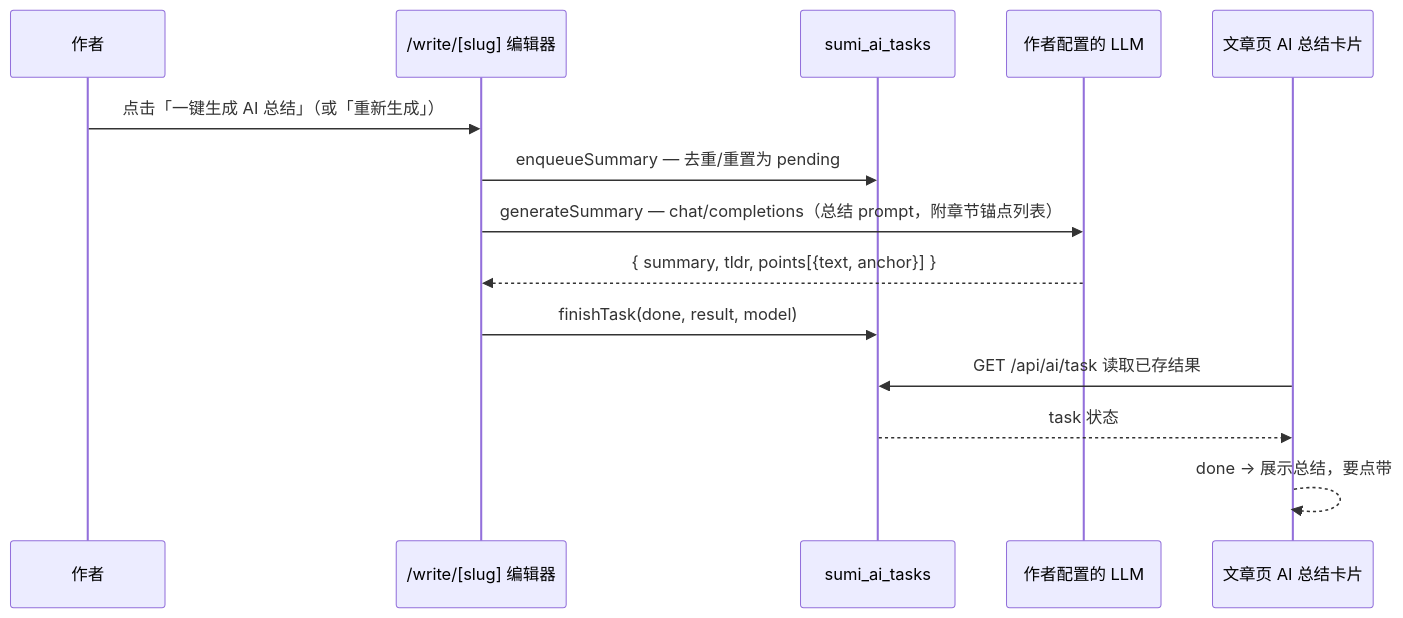
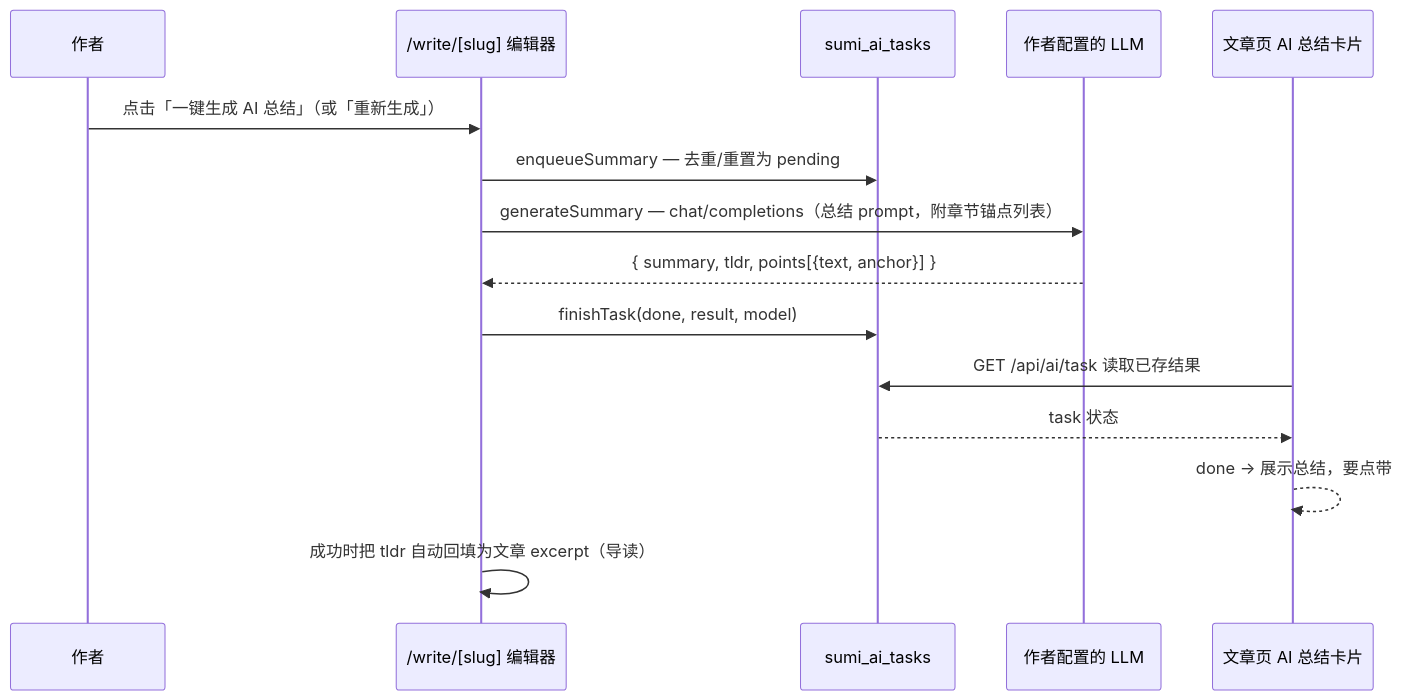
Before and after one commit to fuyucn/sumi: diagram 12 of 12 in docs/ARCHITECTURE.md, drawn with Mermaid. The commit also changed other lines of this file and 10 other files, not shown here.

````diff
--- a/docs/ARCHITECTURE.md
+++ b/docs/ARCHITECTURE.md
@@ -412,17 +412,18 @@
 ```mermaid
 sequenceDiagram
     participant A as 作者
     participant W as /write/[slug] 编辑器
     participant Q as sumi_ai_tasks
     participant LLM as 作者配置的 LLM
     participant UI as 文章页 AI 总结卡片
 
     A->>W: 点击「一键生成 AI 总结」（或「重新生成」）
     W->>Q: enqueueSummary — 去重/重置为 pending
     W->>LLM: generateSummary — chat/completions（总结 prompt，附章节锚点列表）
     LLM-->>W: { summary, tldr, points[{text, anchor}] }
     W->>Q: finishTask(done, result, model)
     UI->>Q: GET /api/ai/task 读取已存结果
     Q-->>UI: task 状态
     UI-->>UI: done → 展示总结，要点带 #anchor 跳转链接；failed → 回编辑页重试
+    W->>W: 成功时把 tldr 自动回填为文章 excerpt（导读）
 ```
````
